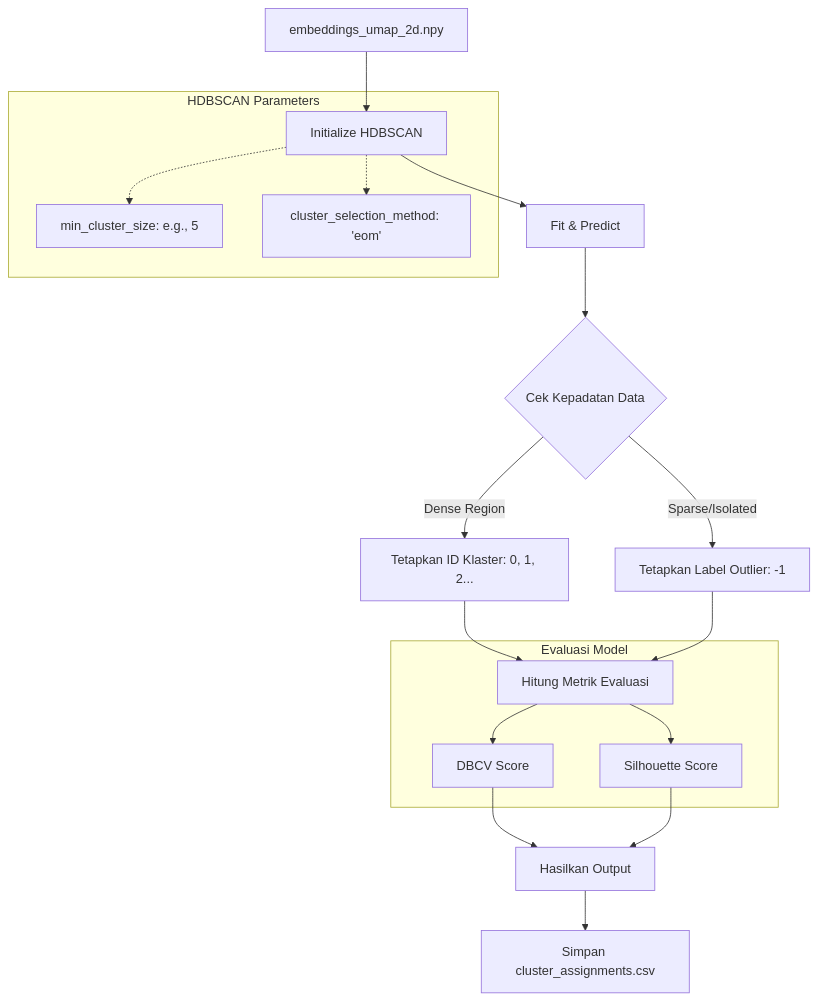
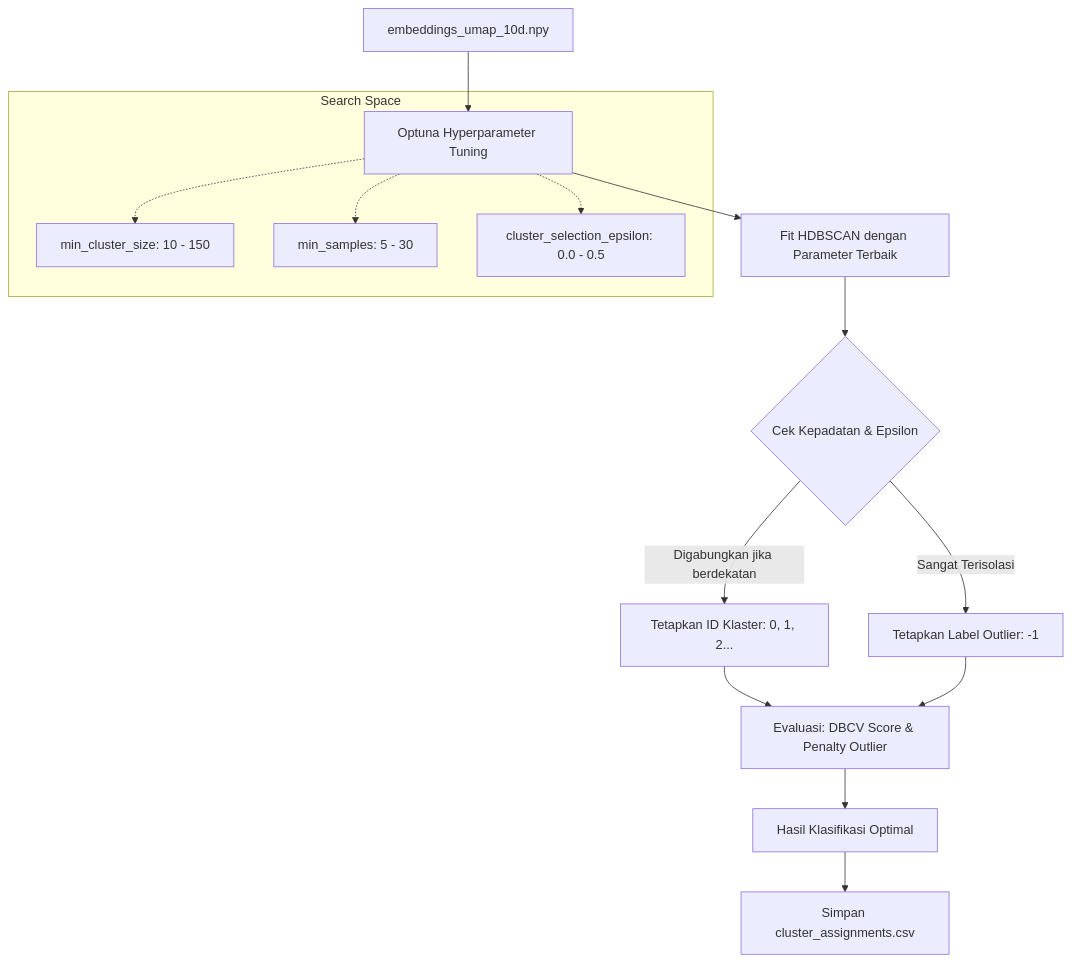
The fifth of 6 diagrams in docs/skripsi/PENJELASAN_FLOWCHART_SKRIPSI.md (Official-Fidev/dino_vits16_togog_clustering), drawn with Mermaid before and after one commit. The commit also changed other lines of this file and 13 other files, not shown here.

Commit message:
feat: integrate Optuna-based auto-tuning for HDBSCAN parameters, support multi-dimensional embeddings for clustering, and implement automated pipeline execution logging.

````diff
--- a/docs/skripsi/PENJELASAN_FLOWCHART_SKRIPSI.md
+++ b/docs/skripsi/PENJELASAN_FLOWCHART_SKRIPSI.md
@@ -83,27 +119,22 @@
 ```mermaid
 graph TD
-    Embed[embeddings_umap_2d.npy] --> HDB[Initialize HDBSCAN]
+    Embed[embeddings_umap_10d.npy] --> Optuna[Optuna Hyperparameter Tuning]
     
-    subgraph "HDBSCAN Parameters"
-    HDB -.-> P1[min_cluster_size: e.g., 5]
-    HDB -.-> P2[cluster_selection_method: 'eom']
+    subgraph "Search Space"
+    Optuna -.-> P1[min_cluster_size: 10 - 150]
+    Optuna -.-> P2[min_samples: 5 - 30]
+    Optuna -.-> P3[cluster_selection_epsilon: 0.0 - 0.5]
     end
     
-    HDB --> Fit[Fit & Predict]
-    Fit --> Split{Cek Kepadatan Data}
+    Optuna --> HDB[Fit HDBSCAN dengan Parameter Terbaik]
+    HDB --> Split{Cek Kepadatan & Epsilon}
     
-    Split -->|Dense Region| Core[Tetapkan ID Klaster: 0, 1, 2...]
-    Split -->|Sparse/Isolated| Outlier[Tetapkan Label Outlier: -1]
+    Split -->|Digabungkan jika berdekatan| Core[Tetapkan ID Klaster: 0, 1, 2...]
+    Split -->|Sangat Terisolasi| Outlier[Tetapkan Label Outlier: -1]
     
-    Core --> Metrics[Hitung Metrik Evaluasi]
+    Core --> Metrics[Evaluasi: DBCV Score & Penalty Outlier]
     Outlier --> Metrics
     
-    subgraph "Evaluasi Model"
-    Metrics --> DBCV[DBCV Score]
-    Metrics --> Sil[Silhouette Score]
-    end
-    
-    DBCV --> Output[Hasilkan Output]
-    Sil --> Output
+    Metrics --> Output[Hasil Klasifikasi Optimal]
     Output --> CSV[Simpan cluster_assignments.csv]
 ```
````
